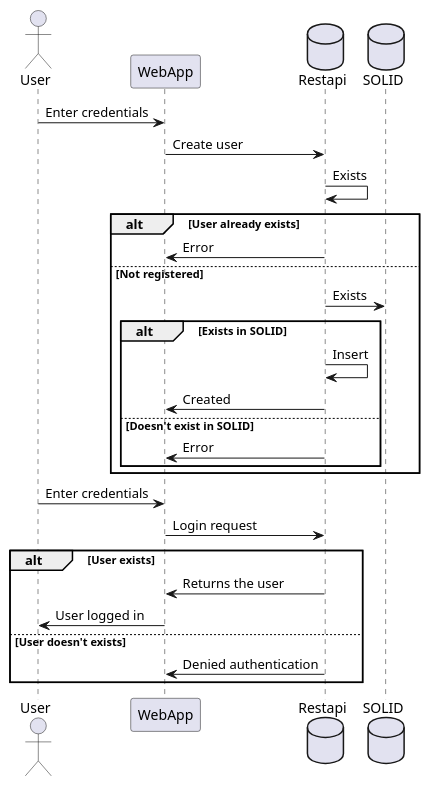
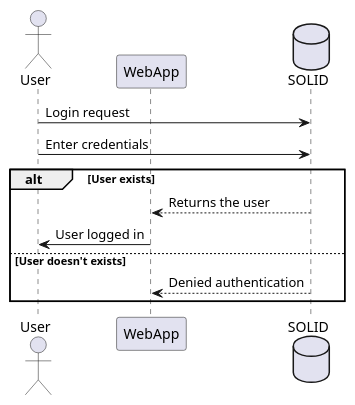
One commit to Arquisoft/dede_es5a changed the first of 5 diagrams in docs/06_runtime_view.adoc. Above: the diagram before and after it, drawn with PlantUML. The commit also changed other lines of this file, not shown here.

Commit message:
Cambiado diagrama de secuencia SignIn

```diff
--- a/docs/06_runtime_view.adoc
+++ b/docs/06_runtime_view.adoc
@@ -35,31 +35,16 @@
-[plantuml,"Sequence diagram_signUp_signIn", png]
+[plantuml,"Sequence diagram_signIn", png]
 ----
 @startuml
 actor User
 participant WebApp
-database Restapi
 database SOLID
-User-> WebApp: Enter credentials
-WebApp -> Restapi: Create user
-Restapi -> Restapi: Exists
-alt User already exists
-    Restapi -> WebApp: Error
-else Not registered
-    Restapi -> SOLID: Exists
-    alt Exists in SOLID
-        Restapi -> Restapi: Insert
-        Restapi -> WebApp: Created
-    else Doesn't exist in SOLID
-        Restapi -> WebApp: Error
-    end
-end
-User-> WebApp: Enter credentials
-WebApp-> Restapi: Login request
+User-> SOLID: Login request
+User-> SOLID: Enter credentials
 alt User exists
-    Restapi-> WebApp: Returns the user
+    SOLID--> WebApp: Returns the user
     WebApp-> User: User logged in
 else User doesn't exists
-    Restapi-> WebApp: Denied authentication
+    SOLID--> WebApp: Denied authentication
 end
 @enduml
 ----
```
